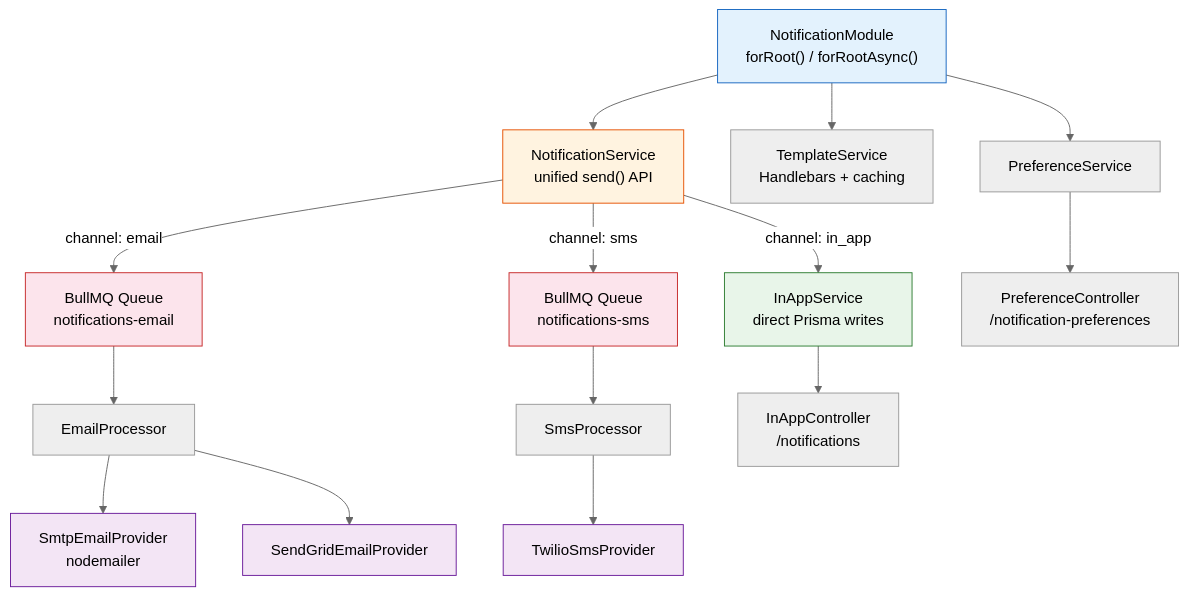
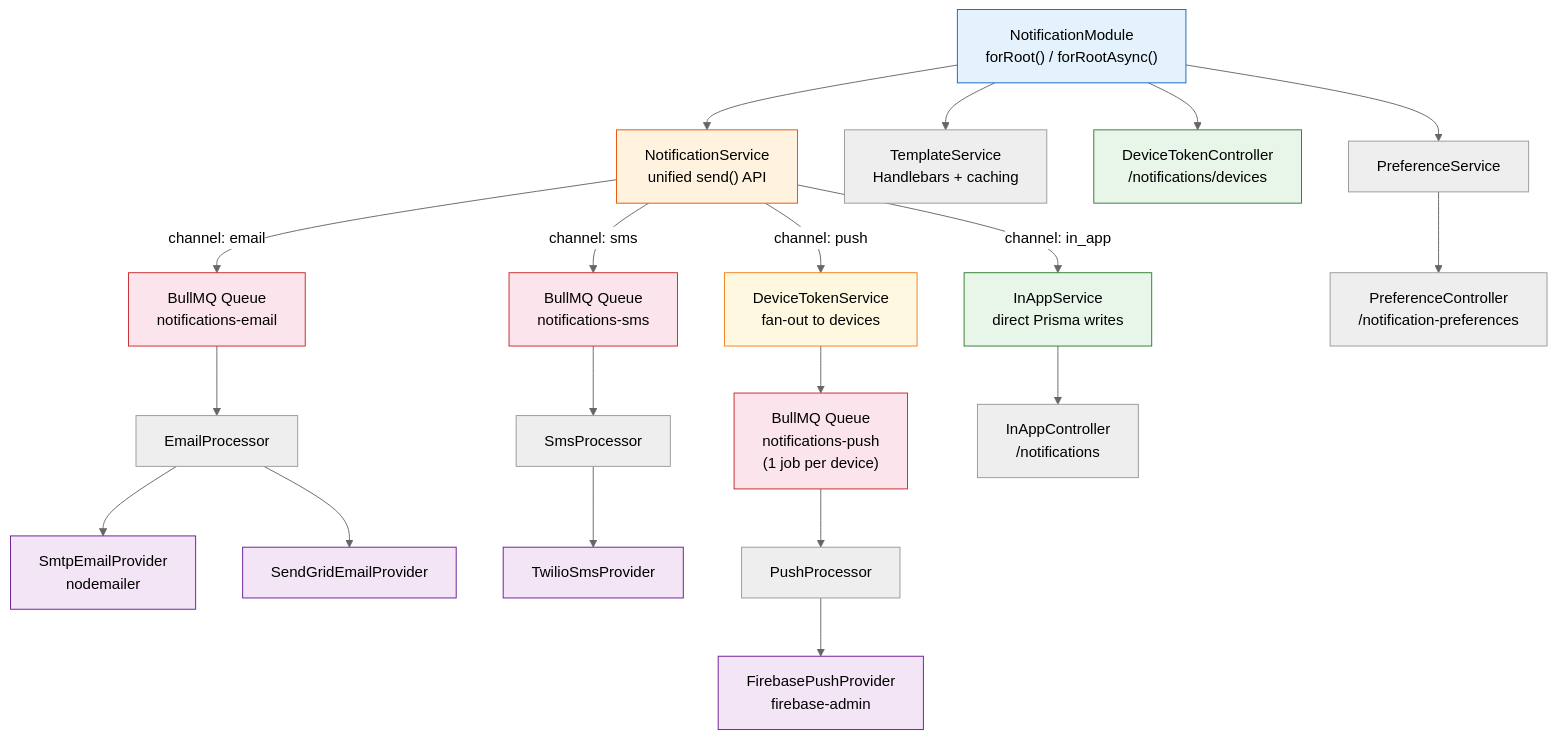
Before and after one commit to BlackBoxVision/nestjs-plugins: the diagram in packages/nestjs-notifications/README.md, drawn with Mermaid (neutral theme). The commit also changed other lines of this file and 12 other files, not shown here.

First line of the commit message:
feat(nestjs-notifications): add push notification channel with Firebase provider

````diff
--- a/packages/nestjs-notifications/README.md
+++ b/packages/nestjs-notifications/README.md
@@ -269,33 +351,43 @@
 ```mermaid
 graph TD
     Module["NotificationModule<br/>forRoot() / forRootAsync()"]
     NService["NotificationService<br/>unified send() API"]
 
     Module --> NService
     Module --> Templates["TemplateService<br/>Handlebars + caching"]
 
     NService -->|"channel: email"| EmailQ["BullMQ Queue<br/>notifications-email"]
     NService -->|"channel: in_app"| InApp["InAppService<br/>direct Prisma writes"]
     NService -->|"channel: sms"| SmsQ["BullMQ Queue<br/>notifications-sms"]
+    NService -->|"channel: push"| PushRoute["DeviceTokenService<br/>fan-out to devices"]
 
     EmailQ --> EmailProc["EmailProcessor"]
     EmailProc --> SMTP["SmtpEmailProvider<br/>nodemailer"]
     EmailProc --> SendGrid["SendGridEmailProvider"]
 
     SmsQ --> SmsProc["SmsProcessor"]
     SmsProc --> Twilio["TwilioSmsProvider"]
 
+    PushRoute --> PushQ["BullMQ Queue<br/>notifications-push<br/>(1 job per device)"]
+    PushQ --> PushProc["PushProcessor"]
+    PushProc --> Firebase["FirebasePushProvider<br/>firebase-admin"]
+
     InApp --> InAppCtrl["InAppController<br/>/notifications"]
 
+    Module --> DevTokenCtrl["DeviceTokenController<br/>/notifications/devices"]
     Module --> PrefSvc["PreferenceService"]
     PrefSvc --> PrefCtrl["PreferenceController<br/>/notification-preferences"]
 
     style Module fill:#e3f2fd,stroke:#1565c0
     style NService fill:#fff3e0,stroke:#e65100
     style EmailQ fill:#fce4ec,stroke:#c62828
     style SmsQ fill:#fce4ec,stroke:#c62828
+    style PushQ fill:#fce4ec,stroke:#c62828
+    style PushRoute fill:#fff8e1,stroke:#f57f17
     style InApp fill:#e8f5e9,stroke:#2e7d32
     style SMTP fill:#f3e5f5,stroke:#6a1b9a
     style SendGrid fill:#f3e5f5,stroke:#6a1b9a
     style Twilio fill:#f3e5f5,stroke:#6a1b9a
+    style Firebase fill:#f3e5f5,stroke:#6a1b9a
+    style DevTokenCtrl fill:#e8f5e9,stroke:#2e7d32
 ```
````
